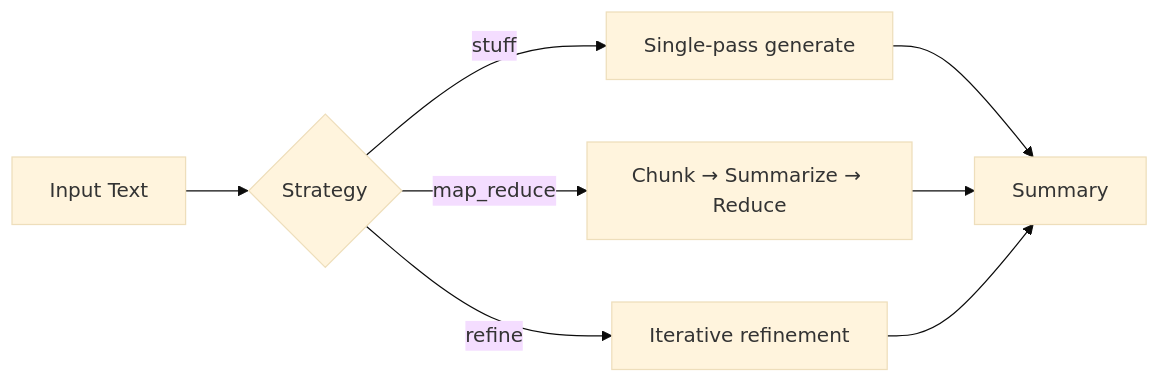
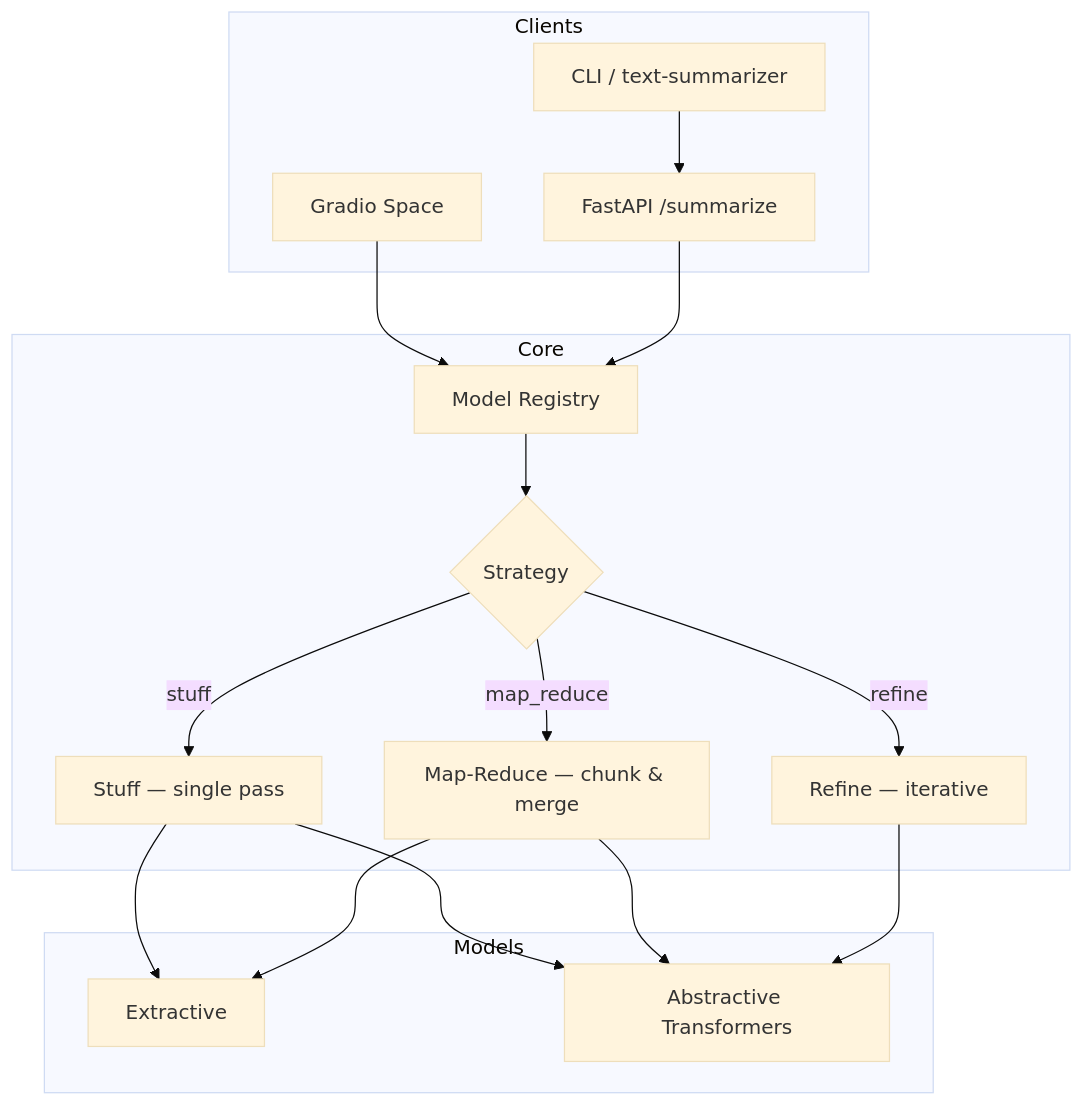
Before and after one commit to askmy-stack/nexus-forge: the diagram in README.md, drawn with Mermaid (base theme). The commit also changed other lines of this file and 9 other files, not shown here.

First line of the commit message:
fix: strategy handling, chunking, and API validation

````diff
--- a/README.md
+++ b/README.md
@@ -21,10 +40,34 @@
 ```mermaid
-flowchart LR
-    A[Input Text] --> B{Strategy}
-    B -->|stuff| C[Single-pass generate]
-    B -->|map_reduce| D[Chunk → Summarize → Reduce]
-    B -->|refine| E[Iterative refinement]
-    C --> F[Summary]
-    D --> F
-    E --> F
+flowchart TB
+    subgraph Clients
+        CLI[CLI / text-summarizer]
+        API[FastAPI /summarize]
+        HF[Gradio Space]
+    end
+
+    subgraph Core
+        REG[Model Registry]
+        STRAT{Strategy}
+        STUFF[Stuff — single pass]
+        MR[Map-Reduce — chunk & merge]
+        RF[Refine — iterative]
+    end
+
+    subgraph Models
+        EXT[Extractive]
+        ABS[Abstractive Transformers]
+    end
+
+    CLI --> API
+    HF --> REG
+    API --> REG
+    REG --> STRAT
+    STRAT -->|stuff| STUFF
+    STRAT -->|map_reduce| MR
+    STRAT -->|refine| RF
+    STUFF --> EXT
+    STUFF --> ABS
+    MR --> EXT
+    MR --> ABS
+    RF --> ABS
 ```
````
